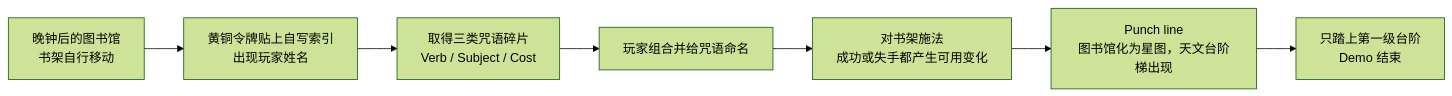
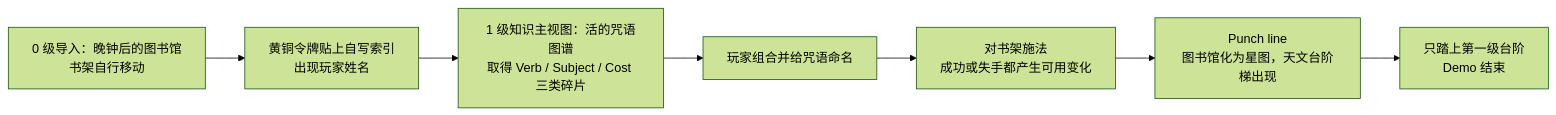
Before and after one commit to LudicDynamics/hackathon: the ninth of 9 diagrams in docs/doc-24-五世界可玩Demo体验设计.md, drawn with Mermaid (forest theme). The commit also changed other lines of this file and 2 other files, not shown here.

Commit message:
docs: 补齐零级导入与主视图层级

````diff
--- a/docs/doc-24-五世界可玩Demo体验设计.md
+++ b/docs/doc-24-五世界可玩Demo体验设计.md
@@ -363,9 +368,9 @@
 ```mermaid
 flowchart LR
-    A["晚钟后的图书馆<br/>书架自行移动"] --> B["黄铜令牌贴上自写索引<br/>出现玩家姓名"]
-    B --> C["取得三类咒语碎片<br/>Verb / Subject / Cost"]
+    A["0 级导入：晚钟后的图书馆<br/>书架自行移动"] --> B["黄铜令牌贴上自写索引<br/>出现玩家姓名"]
+    B --> C["1 级知识主视图：活的咒语图谱<br/>取得 Verb / Subject / Cost 三类碎片"]
     C --> D["玩家组合并给咒语命名"]
     D --> E["对书架施法<br/>成功或失手都产生可用变化"]
     E --> F["Punch line<br/>图书馆化为星图，天文台阶梯出现"]
     F --> G["只踏上第一级台阶<br/>Demo 结束"]
 ```
````
